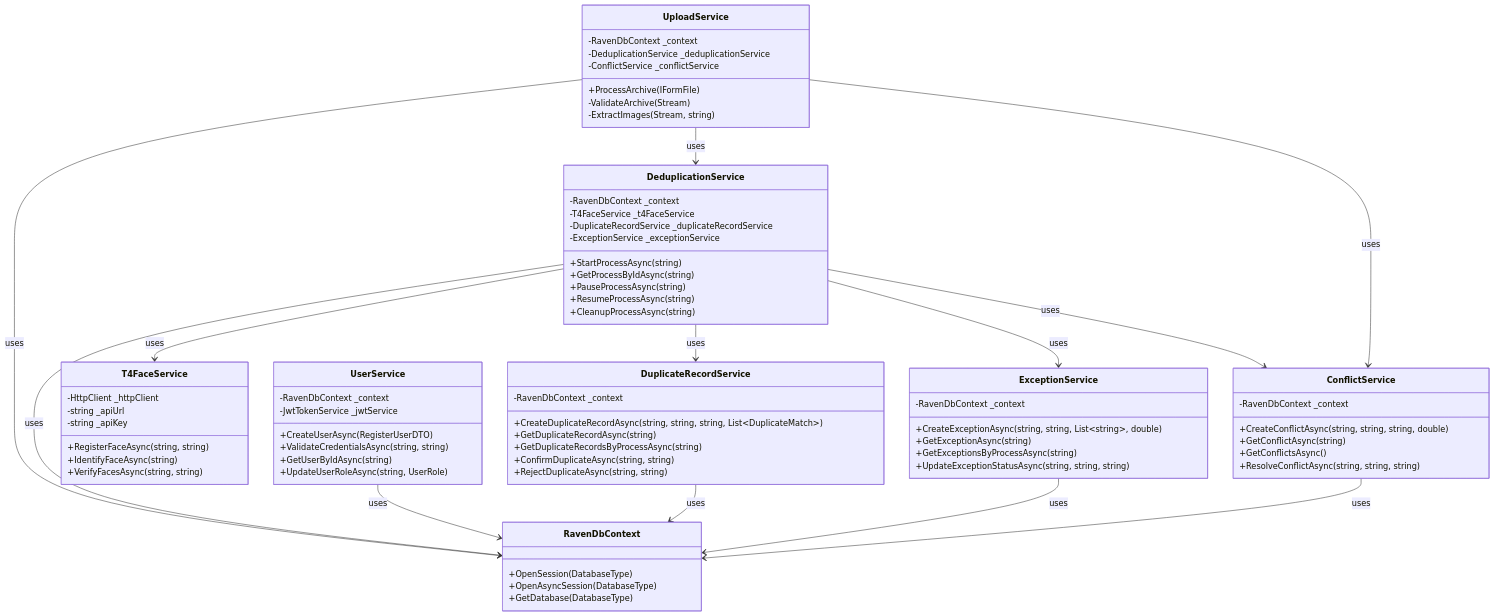
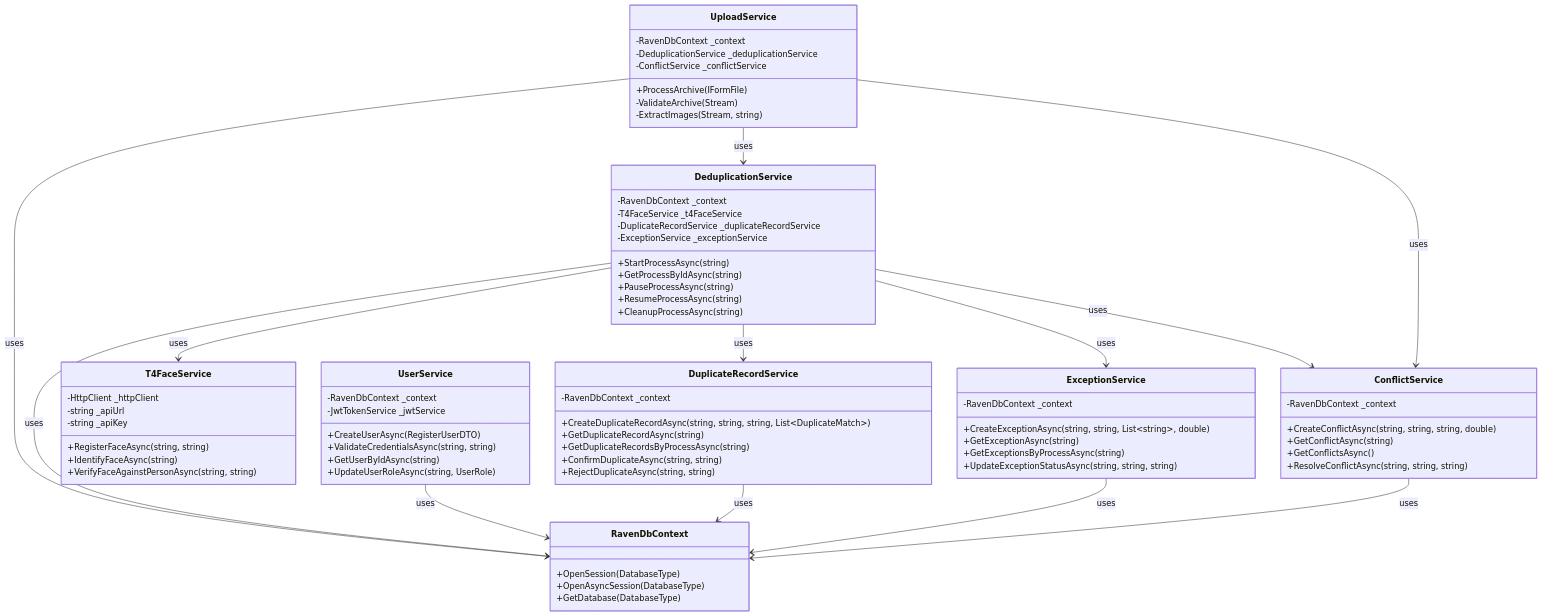
One commit to fares1919-ltrch/Backend-stage changed the second of 2 diagrams in Documentation/Architecture.md. Above: the diagram before and after it, drawn with Mermaid. The commit also changed other lines of this file and 20 other files, not shown here.

```diff
--- a/Documentation/Architecture.md
+++ b/Documentation/Architecture.md
@@ -113,7 +107,7 @@
         -string _apiKey
         +RegisterFaceAsync(string, string)
         +IdentifyFaceAsync(string)
-        +VerifyFacesAsync(string, string)
+        +VerifyFaceAgainstPersonAsync(string, string)
     }
 
     class UploadService {
```
